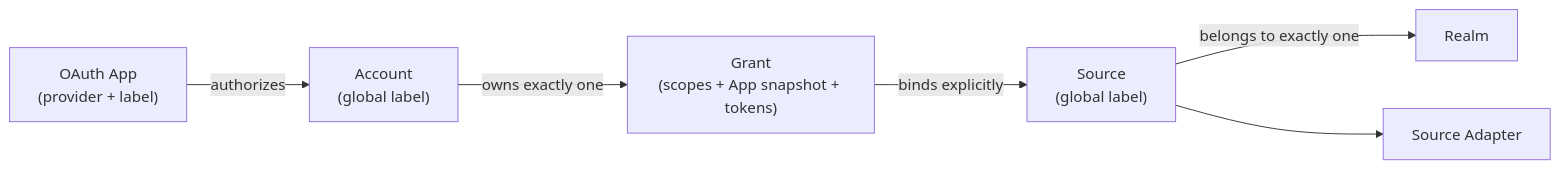
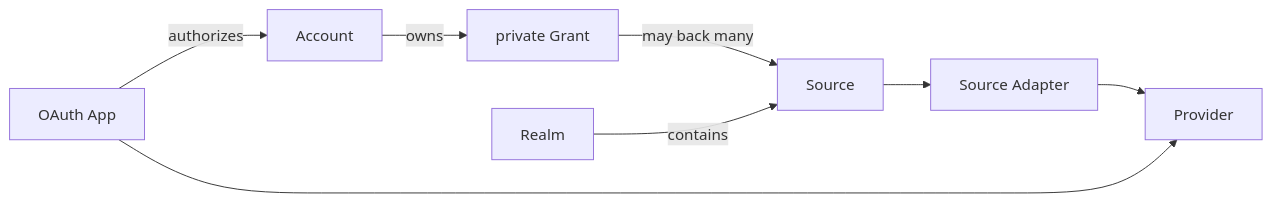
Before and after one commit to barisgit/ctxindex: the second of 2 diagrams in SYSTEM.md, drawn with Mermaid. The commit also changed other lines of this file and 52 other files, not shown here.

````diff
--- a/SYSTEM.md
+++ b/SYSTEM.md
@@ -180,8 +112,7 @@
 ```mermaid
 flowchart LR
-  OA["OAuth App\n(provider + label)"] -- authorizes --> A["Account\n(global label)"]
-  A -- owns exactly one --> G["Grant\n(scopes + App snapshot + tokens)"]
-  G -- binds explicitly --> S["Source\n(global label)"]
-  S -- belongs to exactly one --> R[Realm]
-  S --> AD[Source Adapter]
+  App[OAuth App] -->|authorizes| Account -->|owns| Grant[private Grant]
+  Grant -->|may back many| Source --> Adapter[Source Adapter] --> Provider
+  Realm -->|contains| Source
+  App --> Provider
 ```
````
